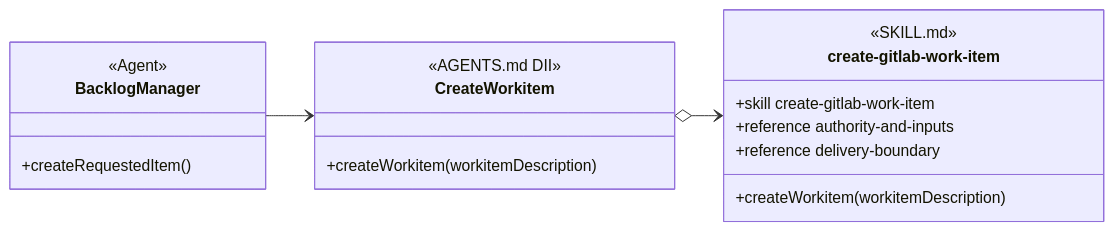
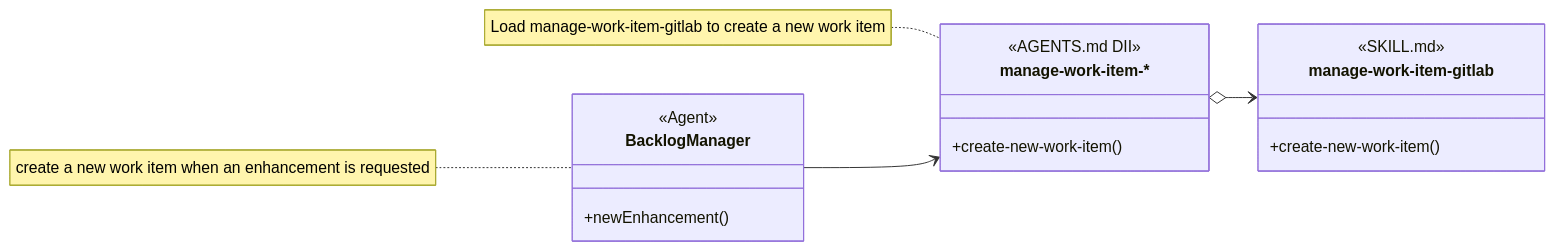
Before and after one commit to martinbechard/dev-methodology: the sixth of 11 diagrams in design/object-oriented-agent-and-skill-model.md, drawn with Mermaid. The commit also changed other lines of this file and 2 other files, not shown here.

Commit message:
Clarify whole-skill and work-item DII notation

````diff
--- a/design/object-oriented-agent-and-skill-model.md
+++ b/design/object-oriented-agent-and-skill-model.md
@@ -402,26 +392,27 @@
 ```mermaid
 classDiagram
     direction LR
 
     class BacklogManager {
         <<Agent>>
-        +createRequestedItem()
+        +newEnhancement()
     }
 
-    class CreateWorkitem {
+    class manage-work-item["manage-work-item-*"] {
         <<AGENTS.md DII>>
-        +createWorkitem(workitemDescription)
+        <<abstract>>
+        +create-new-work-item()
     }
 
-    class create-gitlab-work-item {
+    class manage-work-item-gitlab {
         <<SKILL.md>>
         <<Injectable Skill>>
-        +skill create-gitlab-work-item
-        +createWorkitem(workitemDescription)
-        +reference authority-and-inputs
-        +reference delivery-boundary
+        +create-new-work-item()
     }
 
-    BacklogManager --> CreateWorkitem
-    CreateWorkitem o--> create-gitlab-work-item
+    BacklogManager --> manage-work-item
+    manage-work-item o--> manage-work-item-gitlab
+
+    note for BacklogManager "create a new work item when an enhancement is requested"
+    note for manage-work-item "Load manage-work-item-gitlab to create a new work item"
 ```
````
